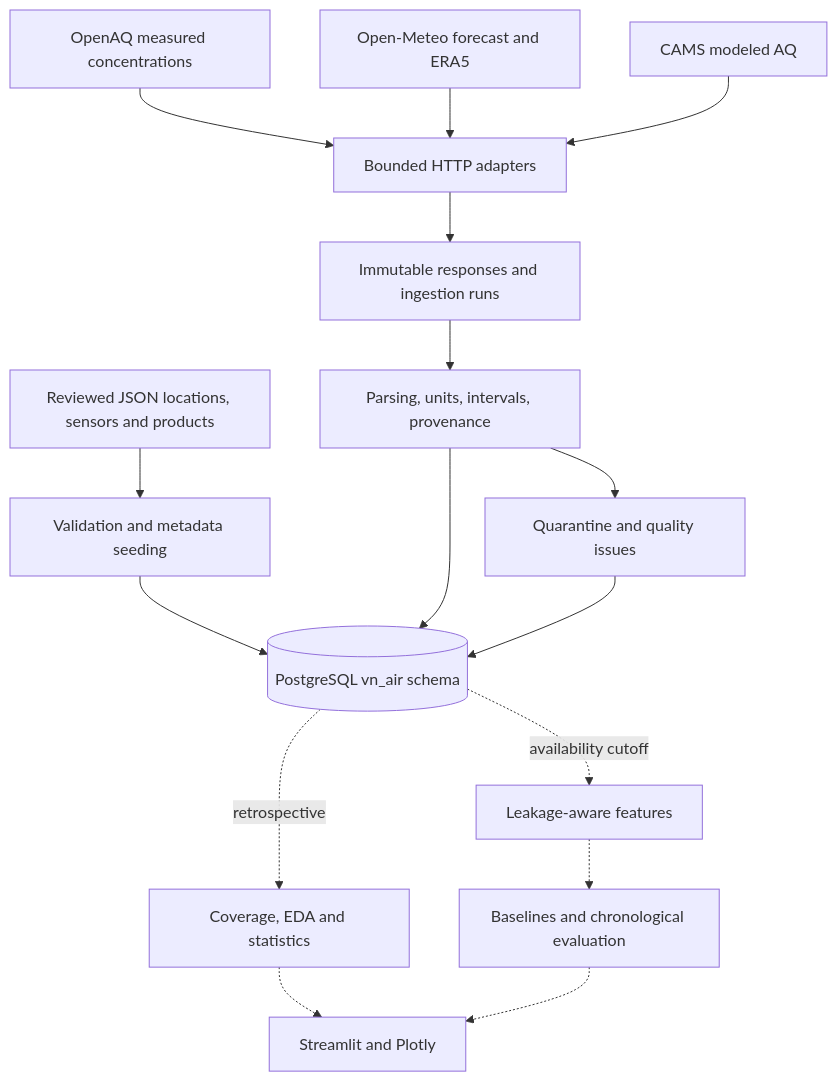
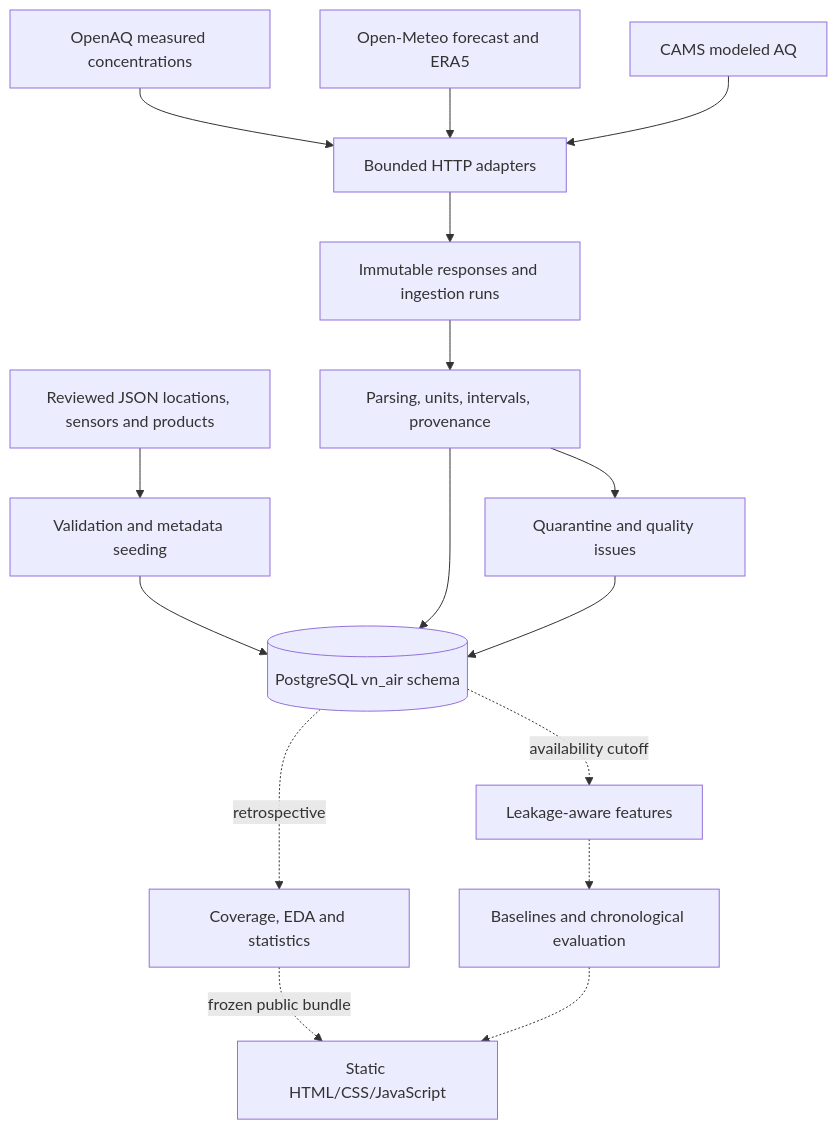
One commit to Jackhamerp24/Vietnam-Weather-Air-Quality-Analytics changed the diagram in docs/architecture.md. Above: the diagram before and after it, drawn with Mermaid. The commit also changed other lines of this file and 64 other files, not shown here.

````diff
--- a/docs/architecture.md
+++ b/docs/architecture.md
@@ -14,18 +16,18 @@
 ```mermaid
 flowchart TD
     Config[Reviewed JSON locations, sensors and products] --> Setup[Validation and metadata seeding]
     Setup --> DB[(PostgreSQL vn_air schema)]
     AQ[OpenAQ measured concentrations] --> HTTP[Bounded HTTP adapters]
     Weather[Open-Meteo forecast and ERA5] --> HTTP
     CAMS[CAMS modeled AQ] --> HTTP
     HTTP --> Raw[Immutable responses and ingestion runs]
     Raw --> Validate[Parsing, units, intervals, provenance]
     Validate --> DB
     Validate --> Quarantine[Quarantine and quality issues]
     Quarantine --> DB
     DB -. retrospective .-> EDA[Coverage, EDA and statistics]
     DB -. availability cutoff .-> Features[Leakage-aware features]
     Features -.-> Models[Baselines and chronological evaluation]
-    EDA -.-> Dashboard[Streamlit and Plotly]
+    EDA -. frozen public bundle .-> Dashboard[Static HTML/CSS/JavaScript]
     Models -.-> Dashboard
 ```
````
